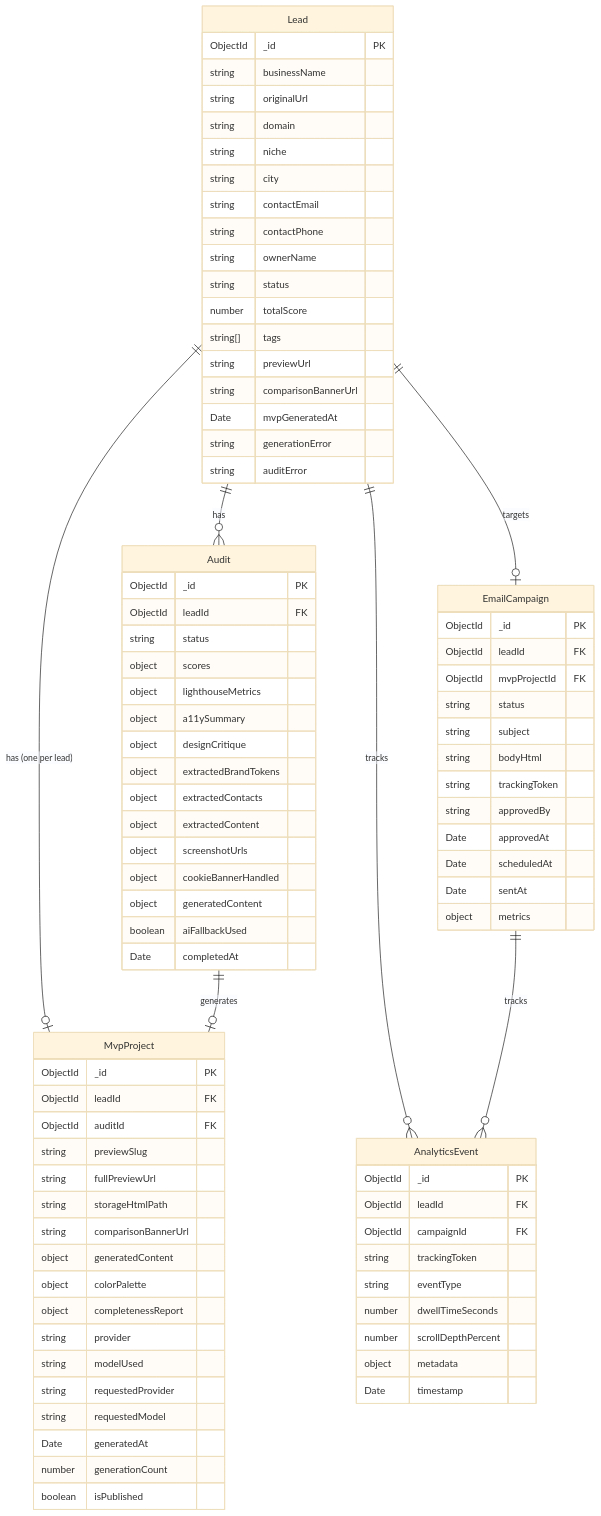
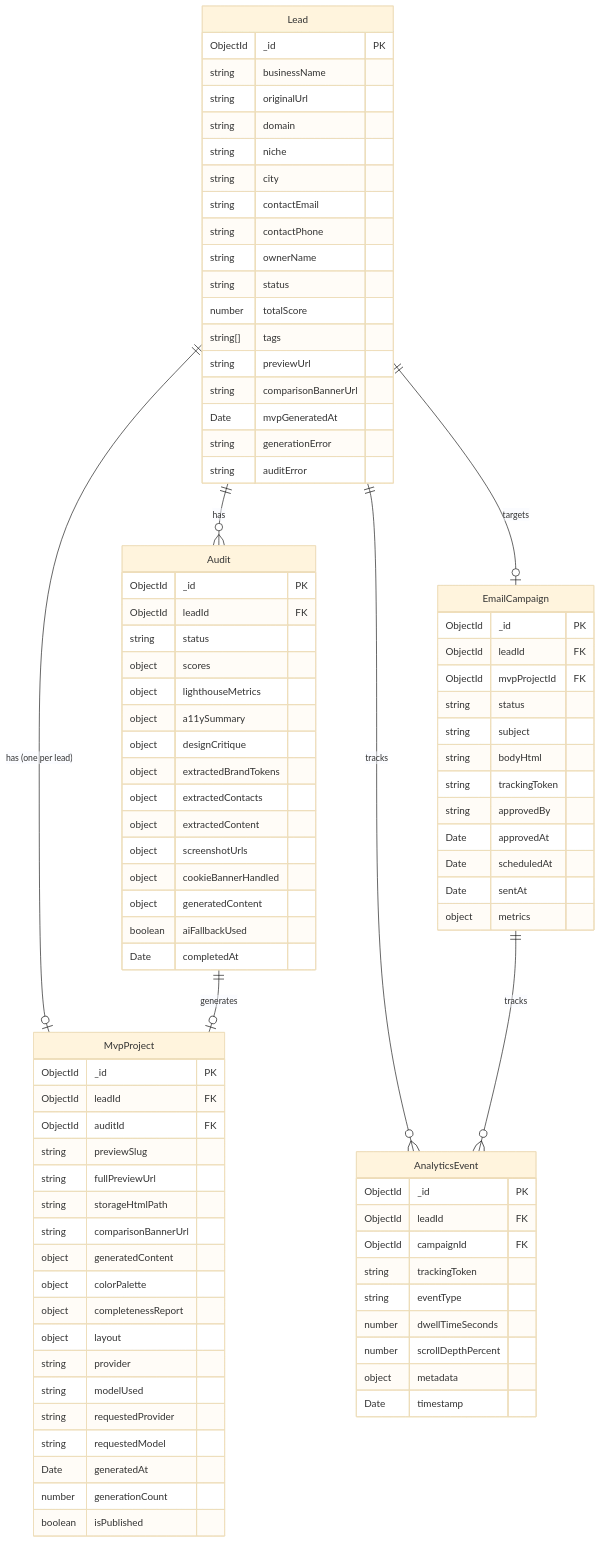
One commit to yurykurouski/revamp-docs changed the seventh of 10 diagrams in blueprint.md. Above: the diagram before and after it, drawn with Mermaid (base theme). The commit also changed other lines of this file and 1 other file, not shown here.

First line of the commit message:
docs(REV-54): document the MVP layout variants and how one is picked

```diff
--- a/blueprint.md
+++ b/blueprint.md
@@ -471,6 +473,7 @@
         object generatedContent
         object colorPalette
         object completenessReport
+        object layout
         string provider
         string modelUsed
         string requestedProvider
```
